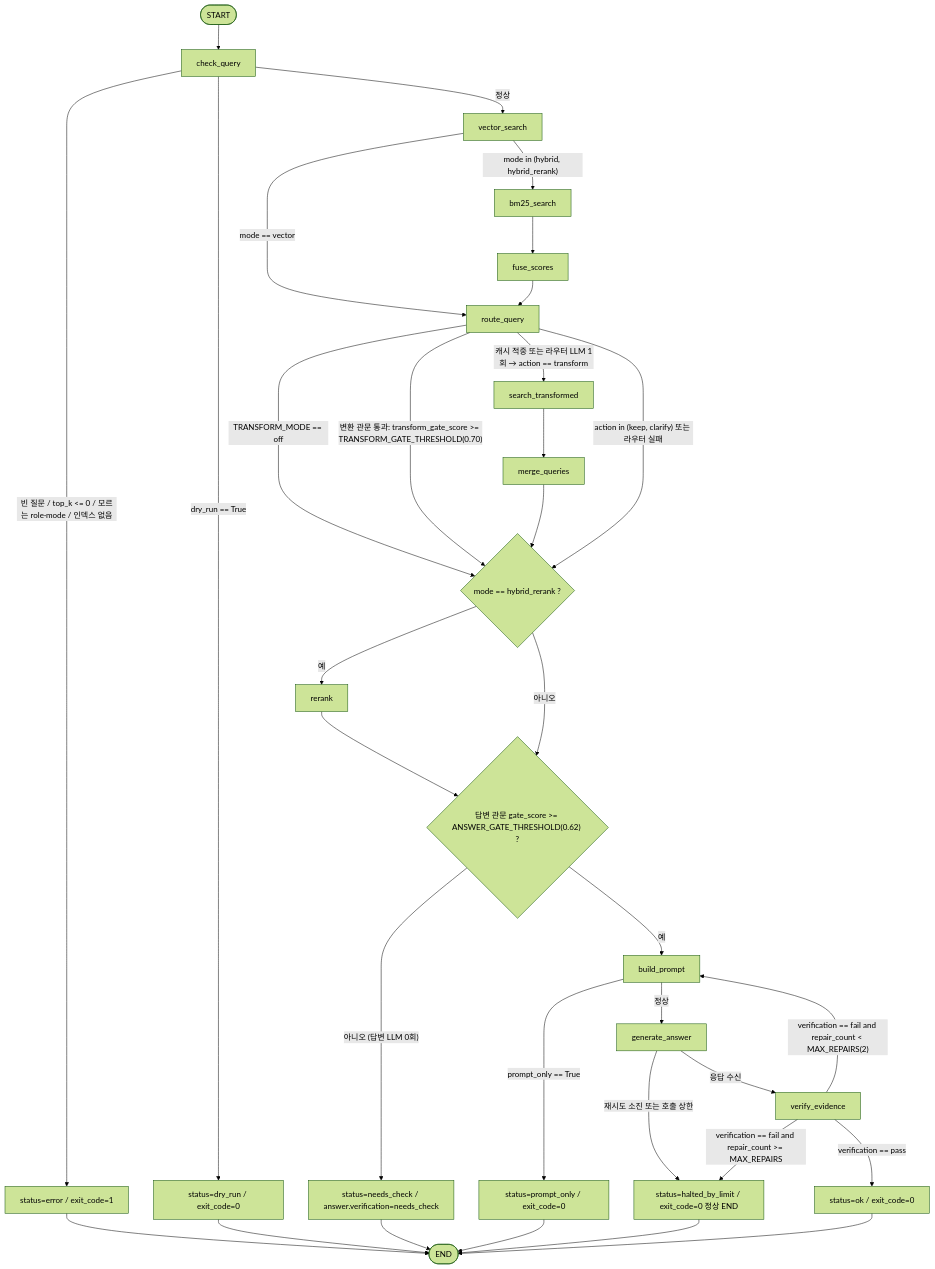
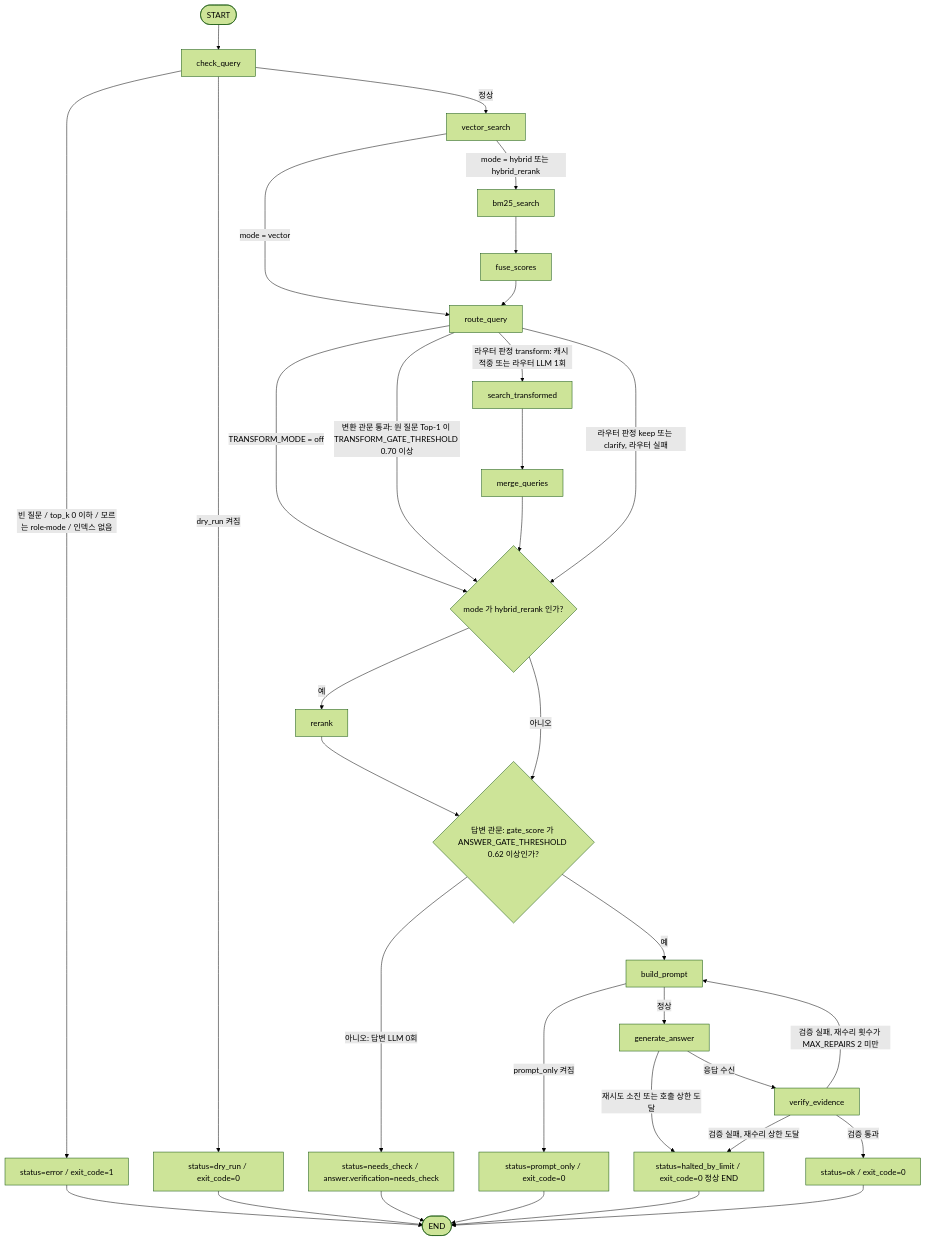
The second of 2 diagrams in hybrid-ai-lab/vector/plan.md (unicorn-campus/design-agentic-ai), drawn with Mermaid (forest theme) before and after one commit. The commit also changed other lines of this file, not shown here.

````diff
--- a/hybrid-ai-lab/vector/plan.md
+++ b/hybrid-ai-lab/vector/plan.md
@@ -268,51 +279,64 @@
 ```mermaid
 flowchart TD
-    S([START]) --> Q[check_query]
-    Q -->|"빈 질문 / top_k <= 0 / 모르는 role·mode / 인덱스 없음"| Y1
-    Q -->|"dry_run == True"| Y2
-    Q -->|"정상"| VS[vector_search]
-
-    VS -->|"mode == vector"| RQ[route_query]
-    VS -->|"mode in (hybrid, hybrid_rerank)"| BM[bm25_search]
-    BM --> FS[fuse_scores]
-    FS --> RQ
-
-    RQ -->|"TRANSFORM_MODE == off"| RR
-    RQ -->|"변환 관문 통과: transform_gate_score >= TRANSFORM_GATE_THRESHOLD(0.70)"| RR
-    RQ -->|"캐시 적중 또는 라우터 LLM 1회 → action == transform"| ST[search_transformed]
-    RQ -->|"action in (keep, clarify) 또는 라우터 실패"| RR
-
-    ST --> MQ[merge_queries]
-    MQ --> RR
-
-    RR{"mode == hybrid_rerank ?"}
-    RR -->|"예"| RK[rerank]
-    RR -->|"아니오"| G
-    RK --> G
-
-    G{"답변 관문 gate_score >= ANSWER_GATE_THRESHOLD(0.62) ?"}
-    G -->|"아니오 (답변 LLM 0회)"| Y3
-    G -->|"예"| BP[build_prompt]
-    BP -->|"prompt_only == True"| Y4
-    BP -->|"정상"| GA[generate_answer]
-
-    GA -->|"재시도 소진 또는 호출 상한"| Y5
-    GA -->|"응답 수신"| VE[verify_evidence]
-    VE -->|"verification == fail and repair_count < MAX_REPAIRS(2)"| BP
-    VE -->|"verification == fail and repair_count >= MAX_REPAIRS"| Y5
-    VE -->|"verification == pass"| Y0
-
+    S([START])
+    Q["check_query"]
+    VS["vector_search"]
+    BM["bm25_search"]
+    FS["fuse_scores"]
+    RQ["route_query"]
+    ST["search_transformed"]
+    MQ["merge_queries"]
+    DM{"mode 가 hybrid_rerank 인가?"}
+    RK["rerank"]
+    GT{"답변 관문: gate_score 가 ANSWER_GATE_THRESHOLD 0.62 이상인가?"}
+    BP["build_prompt"]
+    GA["generate_answer"]
+    VE["verify_evidence"]
     Y0["status=ok / exit_code=0"]
     Y1["status=error / exit_code=1"]
     Y2["status=dry_run / exit_code=0"]
     Y3["status=needs_check / answer.verification=needs_check"]
     Y4["status=prompt_only / exit_code=0"]
     Y5["status=halted_by_limit / exit_code=0 정상 END"]
+    E([END])
 
-    Y0 --> E([END])
+    S --> Q
+    Q -->|"빈 질문 / top_k 0 이하 / 모르는 role·mode / 인덱스 없음"| Y1
+    Q -->|"dry_run 켜짐"| Y2
+    Q -->|"정상"| VS
+
+    VS -->|"mode = vector"| RQ
+    VS -->|"mode = hybrid 또는 hybrid_rerank"| BM
+    BM --> FS
+    FS --> RQ
+
+    RQ -->|"TRANSFORM_MODE = off"| DM
+    RQ -->|"변환 관문 통과: 원 질문 Top-1 이 TRANSFORM_GATE_THRESHOLD 0.70 이상"| DM
+    RQ -->|"라우터 판정 transform: 캐시 적중 또는 라우터 LLM 1회"| ST
+    RQ -->|"라우터 판정 keep 또는 clarify, 라우터 실패"| DM
+
+    ST --> MQ
+    MQ --> DM
+
+    DM -->|"예"| RK
+    DM -->|"아니오"| GT
+    RK --> GT
+
+    GT -->|"아니오: 답변 LLM 0회"| Y3
+    GT -->|"예"| BP
+    BP -->|"prompt_only 켜짐"| Y4
+    BP -->|"정상"| GA
+
+    GA -->|"재시도 소진 또는 호출 상한 도달"| Y5
+    GA -->|"응답 수신"| VE
+    VE -->|"검증 실패, 재수리 횟수가 MAX_REPAIRS 2 미만"| BP
+    VE -->|"검증 실패, 재수리 상한 도달"| Y5
+    VE -->|"검증 통과"| Y0
+
+    Y0 --> E
     Y1 --> E
     Y2 --> E
     Y3 --> E
     Y4 --> E
     Y5 --> E
 ```
````
